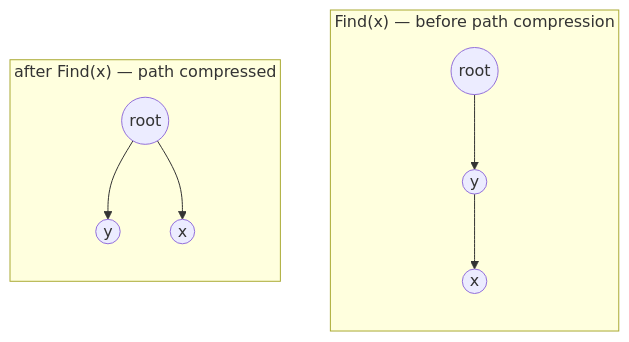
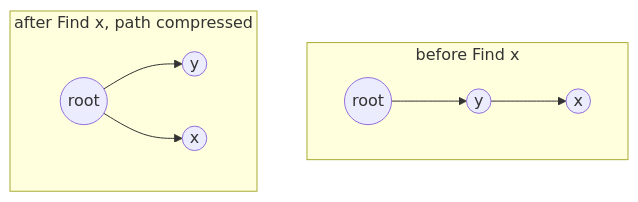
Before and after one commit to xudipta/prep: the first of 2 diagrams in data-structures/disjoint-set-union.md, drawn with Mermaid. The commit also changed 5 other files, not shown here.

````diff
--- a/data-structures/disjoint-set-union.md
+++ b/data-structures/disjoint-set-union.md
@@ -14,12 +14,10 @@
 ```mermaid
 flowchart TD
-    subgraph before ["Find(x) — before path compression"]
-    direction TD
+    subgraph before [before Find x]
     R1((root)) --> M1((y)) --> X1((x))
     end
-    subgraph after ["after Find(x) — path compressed"]
-    direction TD
+    subgraph after [after Find x, path compressed]
     R2((root)) --> M2((y))
     R2 --> X2((x))
     end
 ```
````
